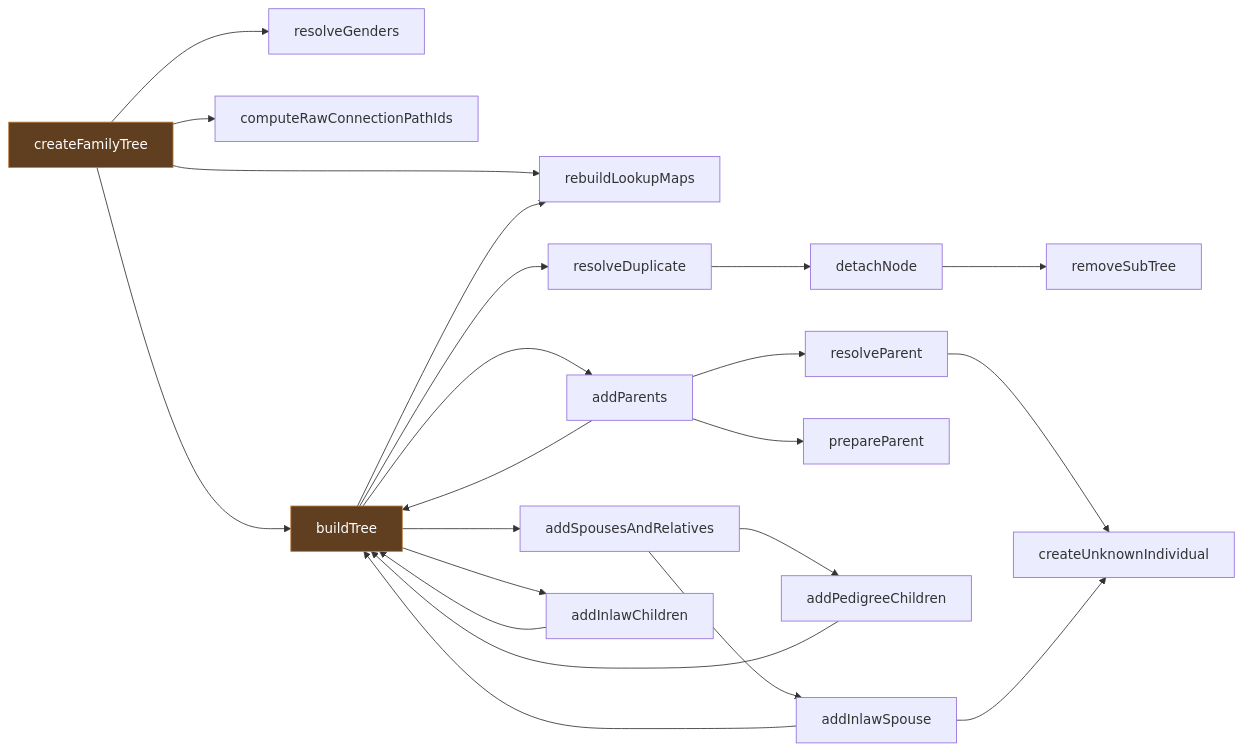
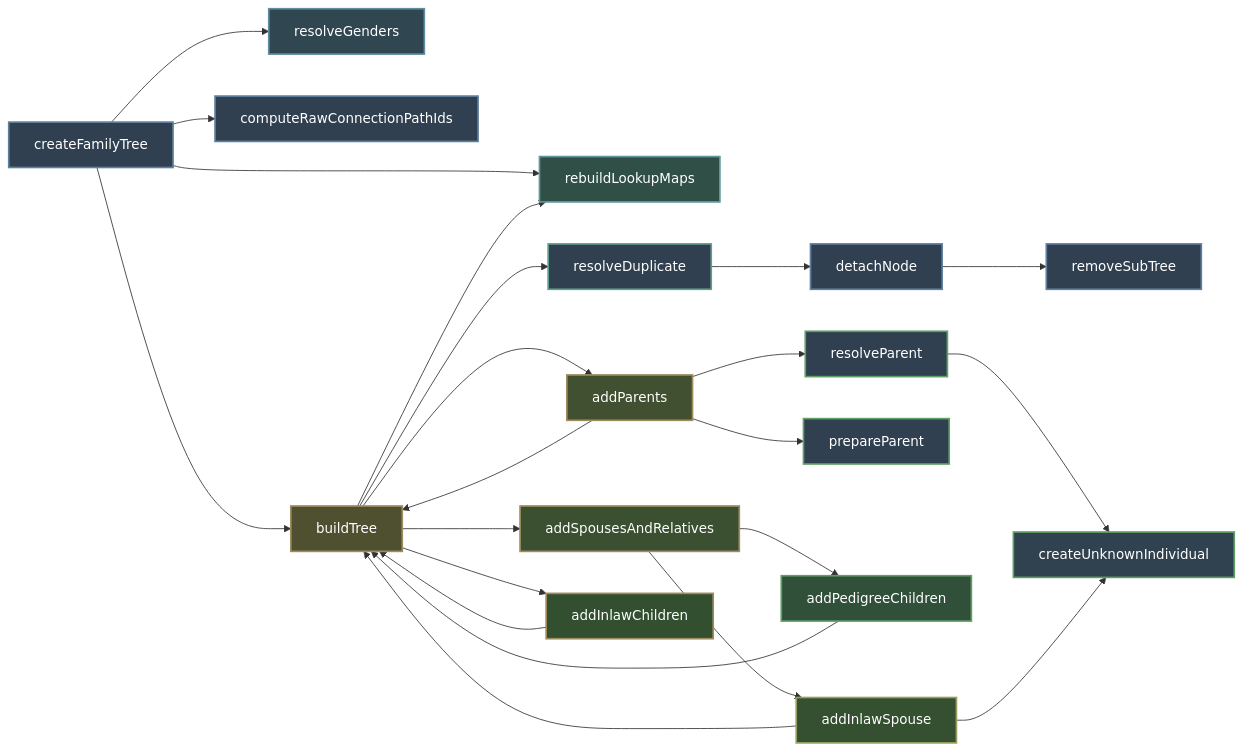
One commit to erikshelley/complete-family-tree-viewer changed the first of 5 diagrams in mermaid.md. Above: the diagram before and after it, drawn with Mermaid. The commit also changed other lines of this file and 13 other files, not shown here.

````diff
--- a/mermaid.md
+++ b/mermaid.md
@@ -5,35 +5,49 @@
 ```mermaid
 flowchart LR
     createFamilyTree --> rebuildLookupMaps
     createFamilyTree --> resolveGenders
     createFamilyTree --> computeRawConnectionPathIds
     createFamilyTree --> buildTree
 
     buildTree --> rebuildLookupMaps
     buildTree --> resolveDuplicate
     buildTree --> addParents
     buildTree --> addSpousesAndRelatives
     buildTree --> addInlawChildren
 
     resolveDuplicate --> detachNode
     detachNode --> removeSubTree
 
     addParents --> resolveParent
     addParents --> prepareParent
     addParents --> buildTree
 
     resolveParent --> createUnknownIndividual
 
     addSpousesAndRelatives --> addPedigreeChildren
     addSpousesAndRelatives --> addInlawSpouse
 
     addPedigreeChildren --> buildTree
 
     addInlawSpouse --> createUnknownIndividual
     addInlawSpouse --> buildTree
 
     addInlawChildren --> buildTree
 
-    classDef one fill:#5f3f1f,stroke:#bf7f3f,color:#fff
-    class createFamilyTree,buildTree one
+    style createFamilyTree fill:#304050,stroke:#60809f,stroke-width:2px,color:#fff
+    style rebuildLookupMaps fill:#305047,stroke:#60989f,stroke-width:2px,color:#fff
+    style resolveGenders fill:#304650,stroke:#608e9f,stroke-width:2px,color:#fff
+    style computeRawConnectionPathIds fill:#304050,stroke:#60809f,stroke-width:2px,color:#fff
+    style buildTree fill:#4e5030,stroke:#9f8c60,stroke-width:2px,color:#fff
+    style resolveDuplicate fill:#304050,stroke:#609f8e,stroke-width:2px,color:#fff
+    style detachNode fill:#304050,stroke:#60809f,stroke-width:2px,color:#fff
+    style removeSubTree fill:#304050,stroke:#60809f,stroke-width:2px,color:#fff
+    style addParents fill:#405030,stroke:#9f8c60,stroke-width:2px,color:#fff
+    style resolveParent fill:#304050,stroke:#609f65,stroke-width:2px,color:#fff
+    style prepareParent fill:#304050,stroke:#609f65,stroke-width:2px,color:#fff
+    style createUnknownIndividual fill:#304150,stroke:#609f63,stroke-width:2px,color:#fff
+    style addSpousesAndRelatives fill:#3a5030,stroke:#9f8c60,stroke-width:2px,color:#fff
+    style addPedigreeChildren fill:#30503a,stroke:#609f65,stroke-width:2px,color:#fff
+    style addInlawSpouse fill:#345030,stroke:#979f60,stroke-width:2px,color:#fff
+    style addInlawChildren fill:#325030,stroke:#9f8c60,stroke-width:2px,color:#fff
 ```
````
